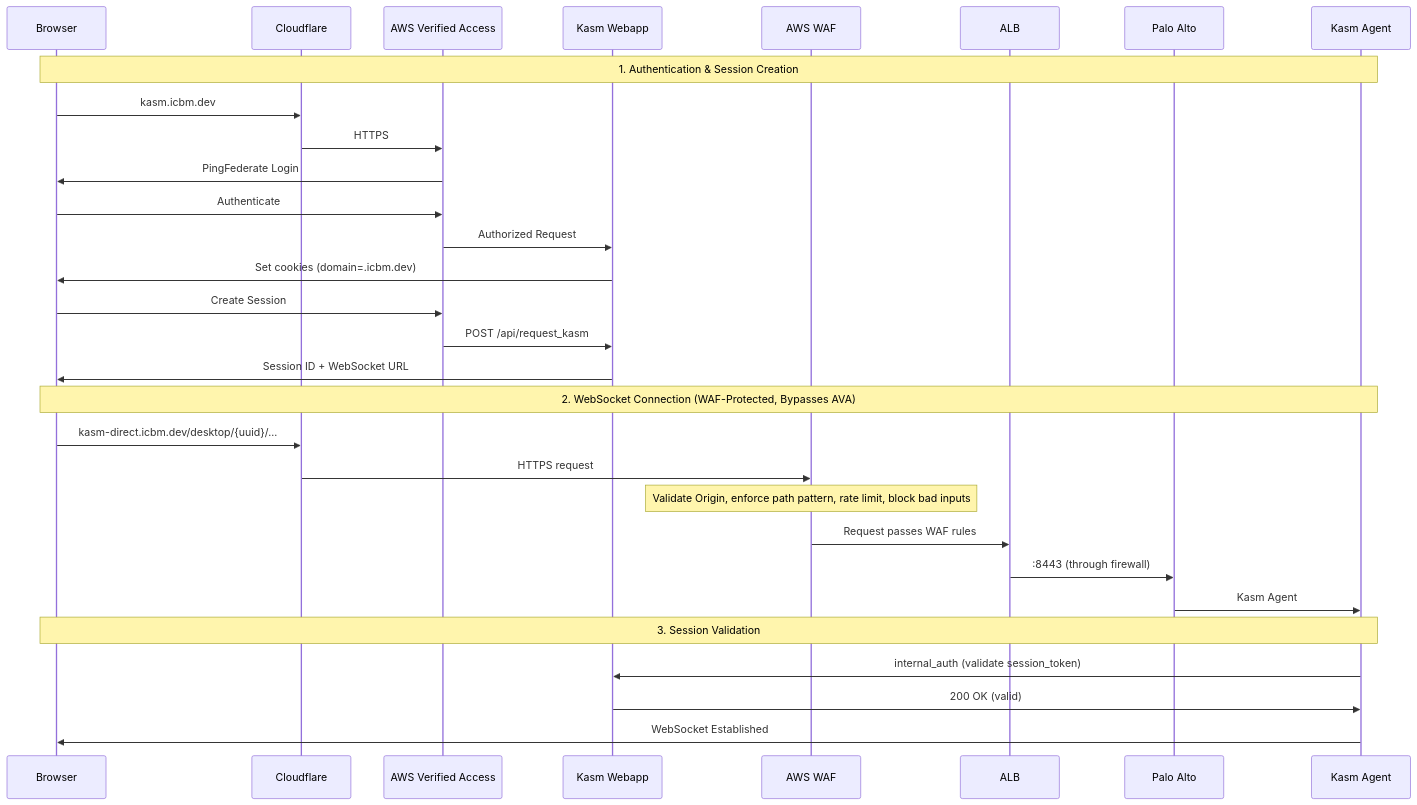
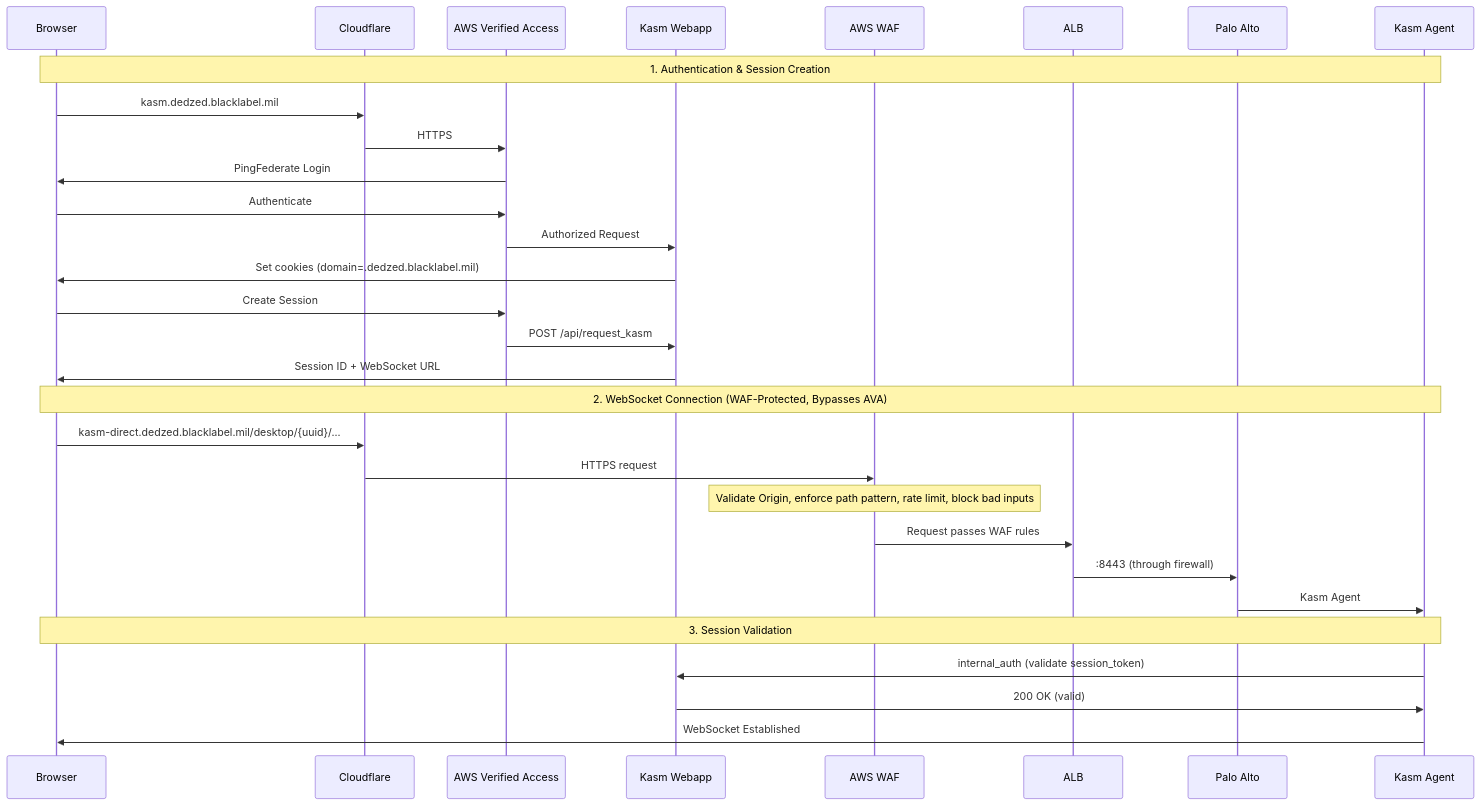
One commit to shebashio/docs changed the second of 2 diagrams in knowledge-base/zero-trust.mdx. Above: the diagram before and after it, drawn with Mermaid. The commit also changed other lines of this file and 29 other files, not shown here.

First line of the commit message:
fix(docs): migrate icbm.dev URLs to dedzed.blacklabel.mil and remove Rancher references

````diff
--- a/knowledge-base/zero-trust.mdx
+++ b/knowledge-base/zero-trust.mdx
@@ -80,35 +80,35 @@
 ```mermaid
 sequenceDiagram
     participant B as Browser
     participant CF as Cloudflare
     participant AVA as AWS Verified Access
     participant WA as Kasm Webapp
     participant WAF as AWS WAF
     participant ALB as ALB
     participant PA as Palo Alto
     participant AG as Kasm Agent
 
     Note over B,AG: 1. Authentication & Session Creation
-    B->>CF: kasm.icbm.dev
+    B->>CF: kasm.dedzed.blacklabel.mil
     CF->>AVA: HTTPS
     AVA->>B: PingFederate Login
     B->>AVA: Authenticate
     AVA->>WA: Authorized Request
-    WA->>B: Set cookies (domain=.icbm.dev)
+    WA->>B: Set cookies (domain=.dedzed.blacklabel.mil)
     B->>AVA: Create Session
     AVA->>WA: POST /api/request_kasm
     WA->>B: Session ID + WebSocket URL
 
     Note over B,AG: 2. WebSocket Connection (WAF-Protected, Bypasses AVA)
-    B->>CF: kasm-direct.icbm.dev/desktop/{uuid}/...
+    B->>CF: kasm-direct.dedzed.blacklabel.mil/desktop/{uuid}/...
     CF->>WAF: HTTPS request
     Note over WAF: Validate Origin, enforce path pattern, rate limit, block bad inputs
     WAF->>ALB: Request passes WAF rules
     ALB->>PA: :8443 (through firewall)
     PA->>AG: Kasm Agent
 
     Note over B,AG: 3. Session Validation
     AG->>WA: internal_auth (validate session_token)
     WA->>AG: 200 OK (valid)
     AG->>B: WebSocket Established
 ```
````
